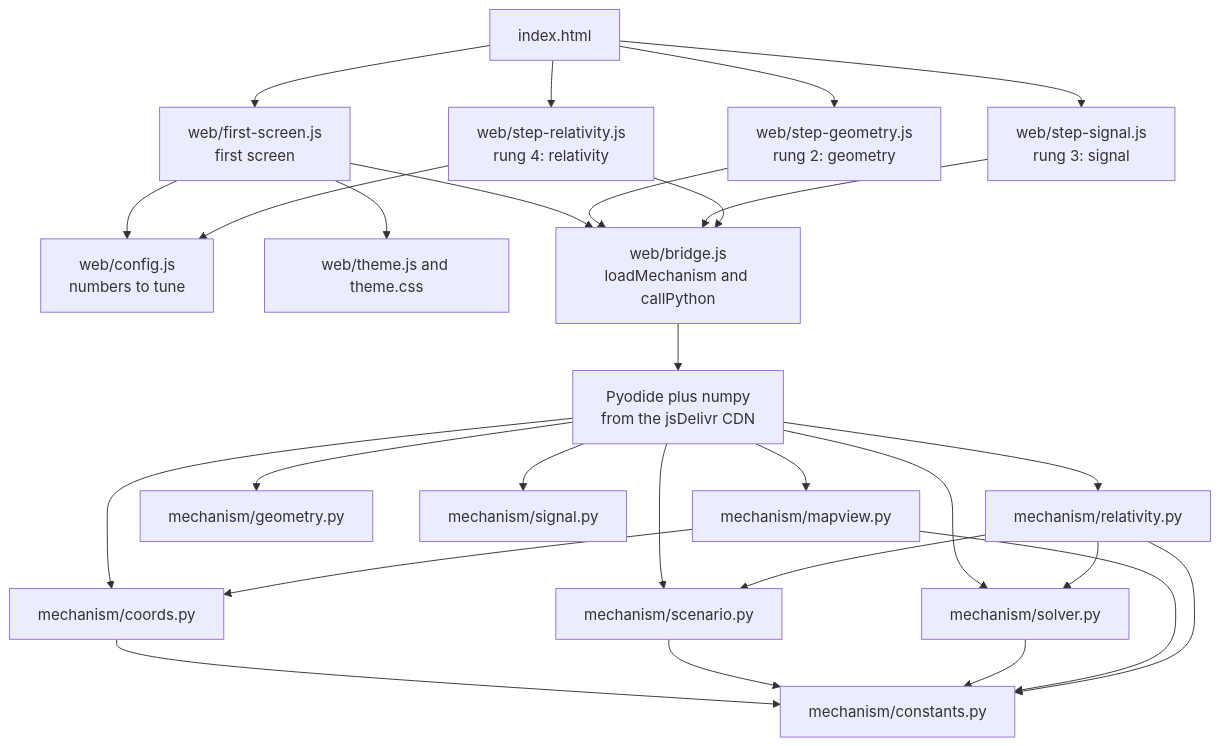
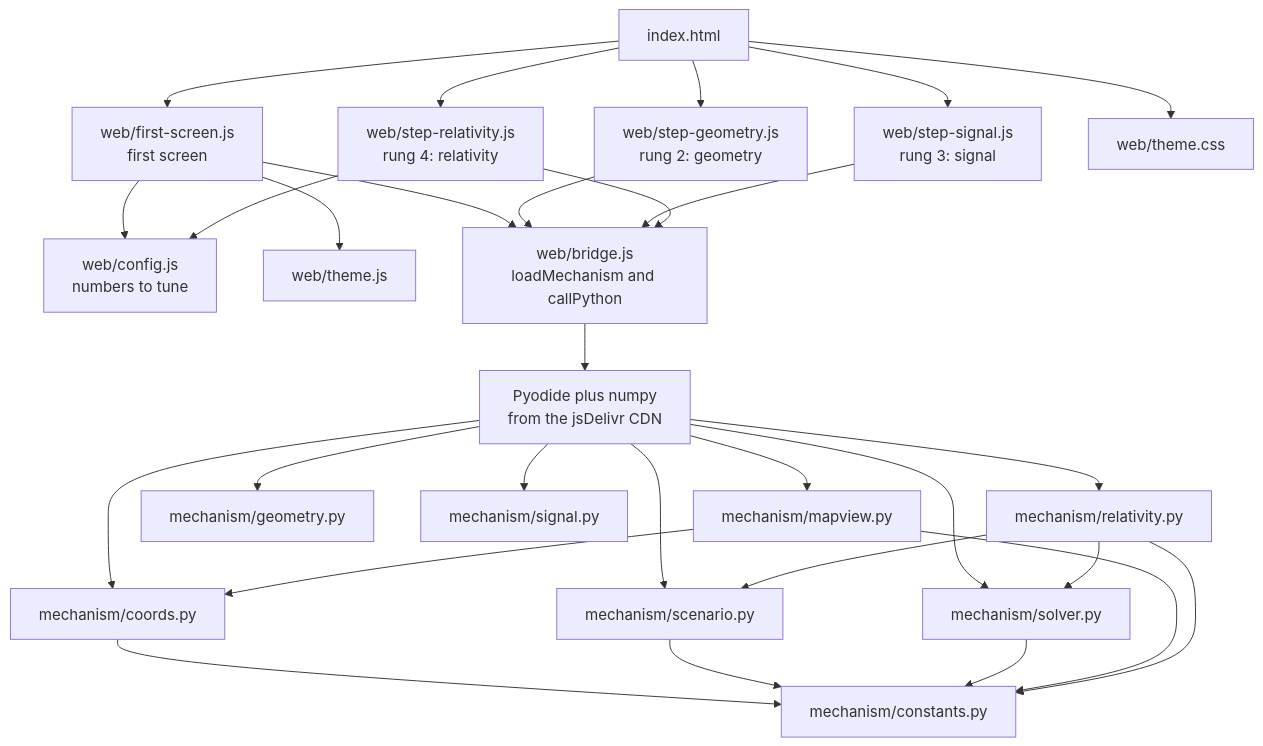
The diagram in docs/onboarding/architecture.md (Aliyymakes/how-gps-works), drawn with Mermaid before and after one commit. The commit also changed other lines of this file and 5 other files, not shown here.

````diff
--- a/docs/onboarding/architecture.md
+++ b/docs/onboarding/architecture.md
@@ -11,48 +11,50 @@
 ```mermaid
 flowchart TD
   index["index.html"]
   first["web/first-screen.js<br/>first screen"]
   geo["web/step-geometry.js<br/>rung 2: geometry"]
   sig["web/step-signal.js<br/>rung 3: signal"]
   rel["web/step-relativity.js<br/>rung 4: relativity"]
   cfg["web/config.js<br/>numbers to tune"]
-  theme["web/theme.js and theme.css"]
+  theme["web/theme.js"]
+  css["web/theme.css"]
   bridge["web/bridge.js<br/>loadMechanism and callPython"]
   pyo["Pyodide plus numpy<br/>from the jsDelivr CDN"]
   coords["mechanism/coords.py"]
   scen["mechanism/scenario.py"]
   solver["mechanism/solver.py"]
   mapv["mechanism/mapview.py"]
   geom["mechanism/geometry.py"]
   signal["mechanism/signal.py"]
   relm["mechanism/relativity.py"]
   const["mechanism/constants.py"]
 
   index --> first
   index --> geo
   index --> sig
   index --> rel
   first --> cfg
   rel --> cfg
+  index --> css
   first --> theme
   first --> bridge
   geo --> bridge
   sig --> bridge
   rel --> bridge
   bridge --> pyo
   pyo --> coords
   pyo --> scen
   pyo --> solver
   pyo --> mapv
   pyo --> geom
   pyo --> signal
   pyo --> relm
   coords --> const
   scen --> const
   solver --> const
   mapv --> coords
   mapv --> const
   relm --> scen
   relm --> solver
   relm --> const
 ```
````
